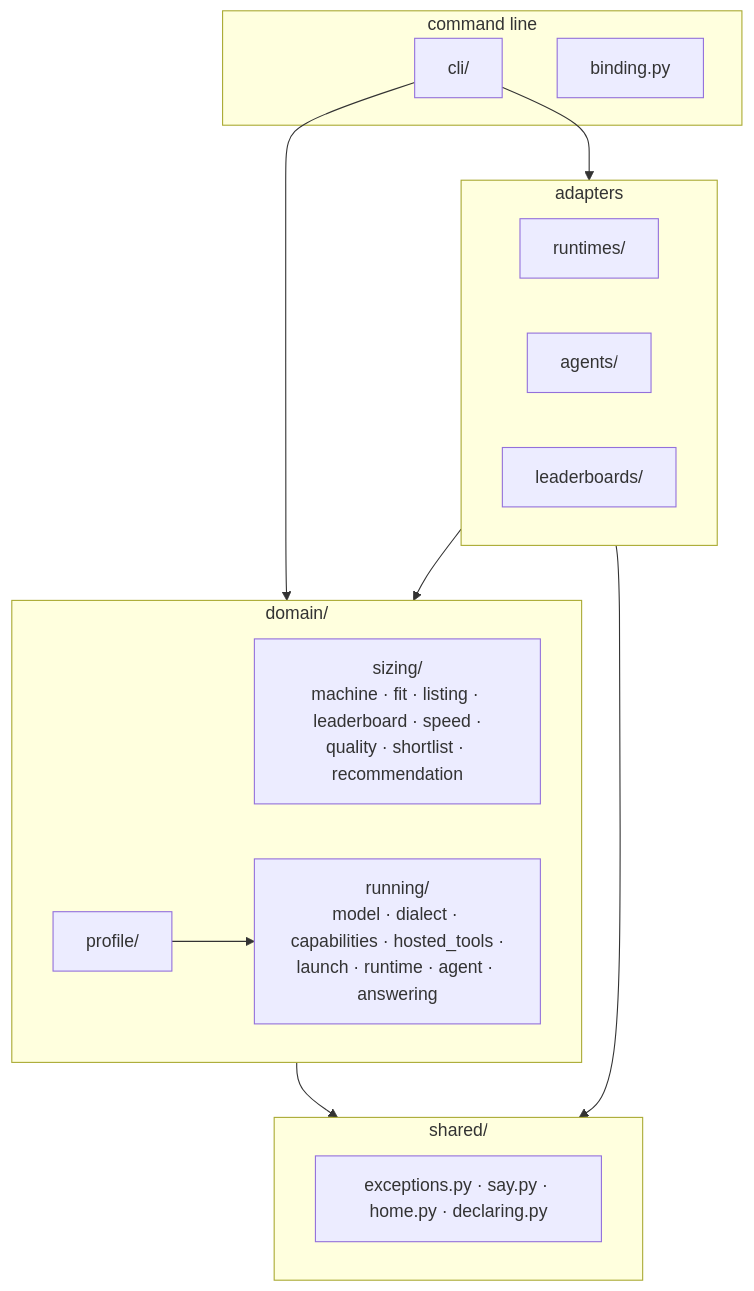
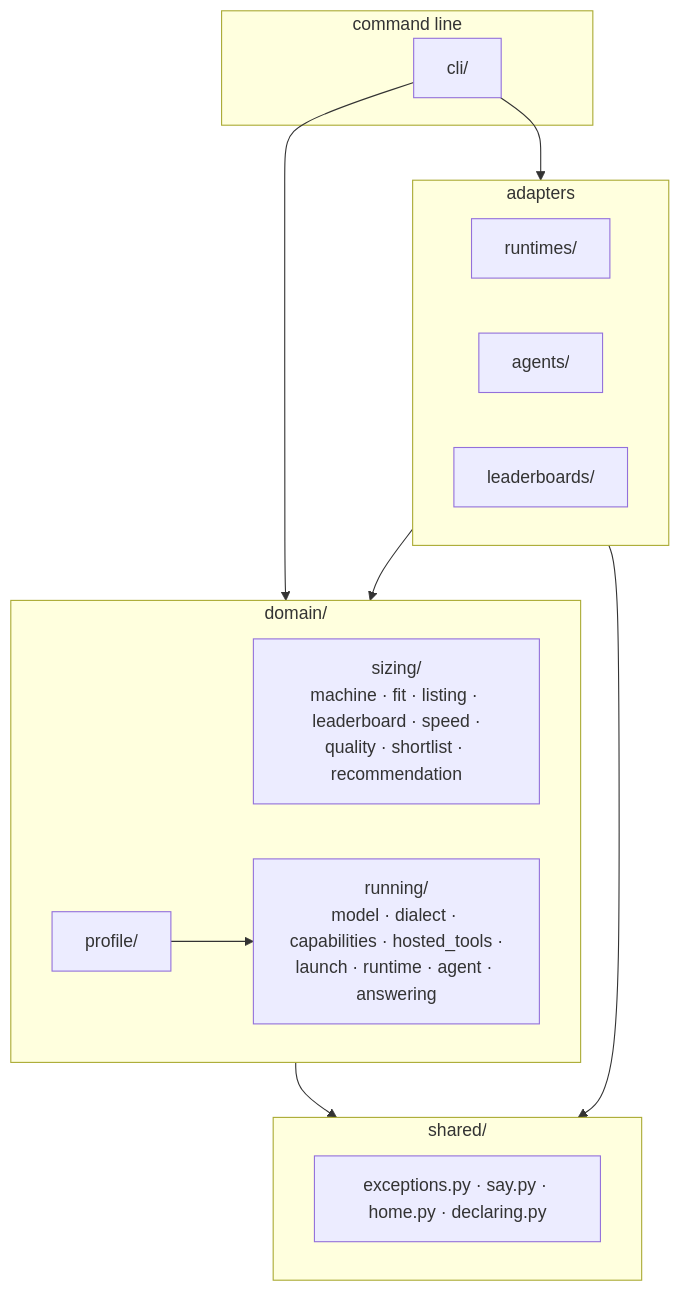
The first of 3 diagrams in docs/architecture.md (pvardanis/offgrid), drawn with Mermaid before and after one commit. The commit also changed other lines of this file and 10 other files, not shown here.

````diff
--- a/docs/architecture.md
+++ b/docs/architecture.md
@@ -13,27 +13,26 @@
 ```mermaid
 flowchart TD
     subgraph cmd [command line]
         cli["cli/"]
-        binding[binding.py]
     end
     subgraph adapters [adapters]
         rt["runtimes/"]
         ag["agents/"]
         lb["leaderboards/"]
     end
     subgraph domain ["domain/"]
         sizing["sizing/<br/>machine · fit · listing · leaderboard · speed ·<br/>quality · shortlist · recommendation"]
         running["running/<br/>model · dialect · capabilities · hosted_tools ·<br/>launch · runtime · agent · answering"]
         profile["profile/"]
     end
     subgraph shared ["shared/"]
         sh["exceptions.py · say.py · home.py · declaring.py"]
     end
 
     cli --> adapters
     cli --> domain
     adapters --> domain
     domain --> shared
     adapters --> shared
     profile --> running
 ```
````
